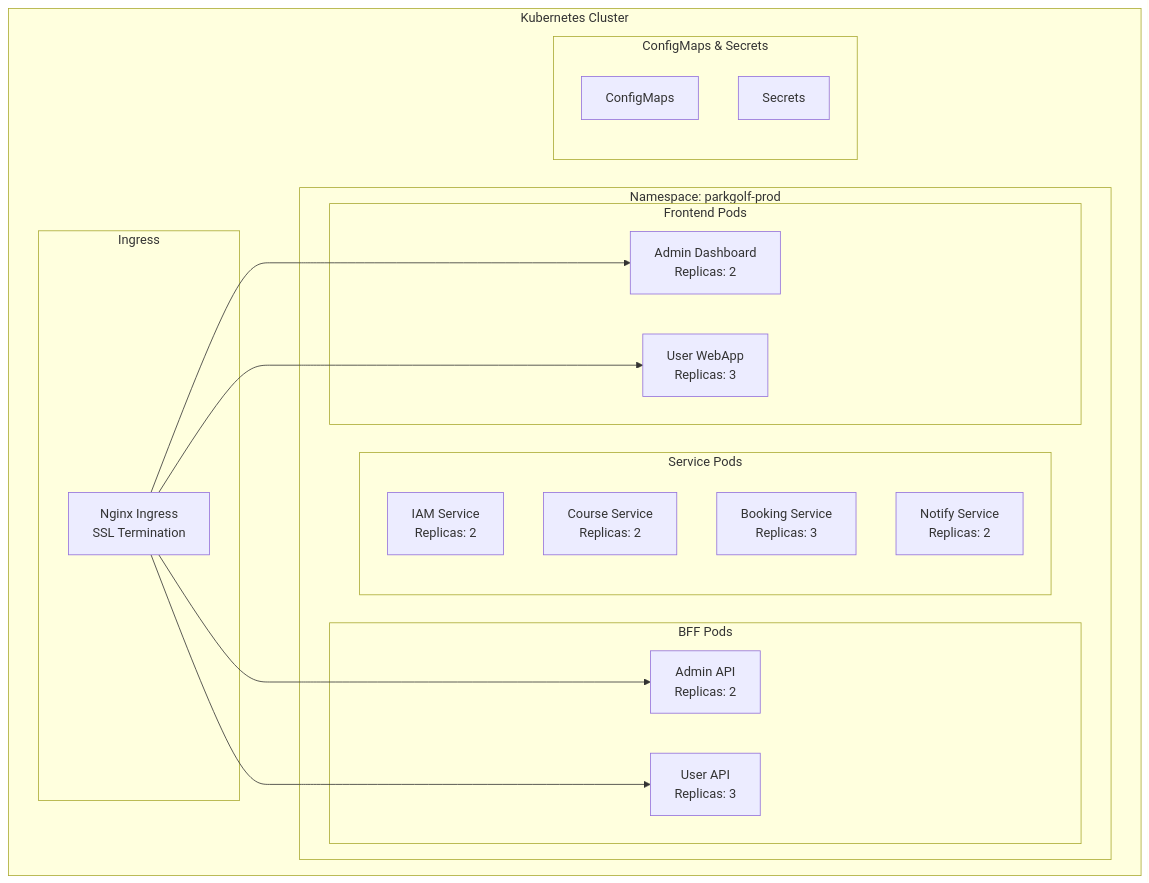
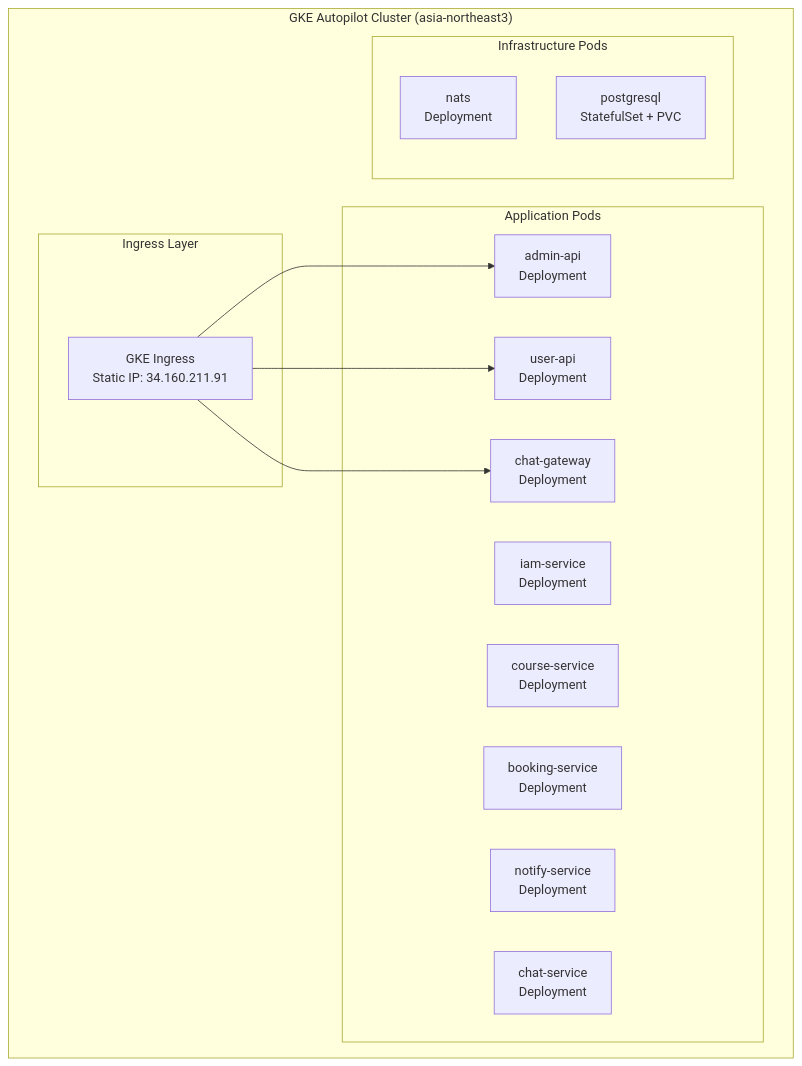
The seventh of 8 diagrams in docs/ARCHITECTURE.md (uniyous/parkgolf-platform), drawn with Mermaid before and after one commit. The commit also changed other lines of this file and 2 other files, not shown here.

First line of the commit message:
docs: GKE Autopilot 환경으로 문서 업데이트

````diff
--- a/docs/ARCHITECTURE.md
+++ b/docs/ARCHITECTURE.md
@@ -890,37 +701,28 @@
 ```mermaid
 graph TD
-    subgraph "Kubernetes Cluster"
-        subgraph "Namespace: parkgolf-prod"
-            subgraph "Frontend Pods"
-                AD[Admin Dashboard<br/>Replicas: 2]
-                UW[User WebApp<br/>Replicas: 3]
-            end
-            
-            subgraph "BFF Pods"
-                AAPI[Admin API<br/>Replicas: 2]
-                UAPI[User API<br/>Replicas: 3]
-            end
-            
-            subgraph "Service Pods"
-                AUTH[IAM Service<br/>Replicas: 2]
-                COURSE[Course Service<br/>Replicas: 2]
-                BOOK[Booking Service<br/>Replicas: 3]
-                NOTIFY[Notify Service<br/>Replicas: 2]
-            end
+    subgraph "GKE Autopilot Cluster (asia-northeast3)"
+        subgraph "Ingress Layer"
+            ING[GKE Ingress<br/>Static IP: 34.160.211.91]
         end
-        
-        subgraph "Ingress"
-            ING[Nginx Ingress<br/>SSL Termination]
+
+        subgraph "Application Pods"
+            AAPI[admin-api<br/>Deployment]
+            UAPI[user-api<br/>Deployment]
+            CHATGW[chat-gateway<br/>Deployment]
+            IAM[iam-service<br/>Deployment]
+            COURSE[course-service<br/>Deployment]
+            BOOK[booking-service<br/>Deployment]
+            NOTIFY[notify-service<br/>Deployment]
+            CHAT[chat-service<br/>Deployment]
         end
-        
-        subgraph "ConfigMaps & Secrets"
-            CM[ConfigMaps]
-            SEC[Secrets]
+
+        subgraph "Infrastructure Pods"
+            NATS[nats<br/>Deployment]
+            PG[postgresql<br/>StatefulSet + PVC]
         end
     end
-    
-    ING --> AD
-    ING --> UW
+
     ING --> AAPI
     ING --> UAPI
+    ING --> CHATGW
 ```
````
